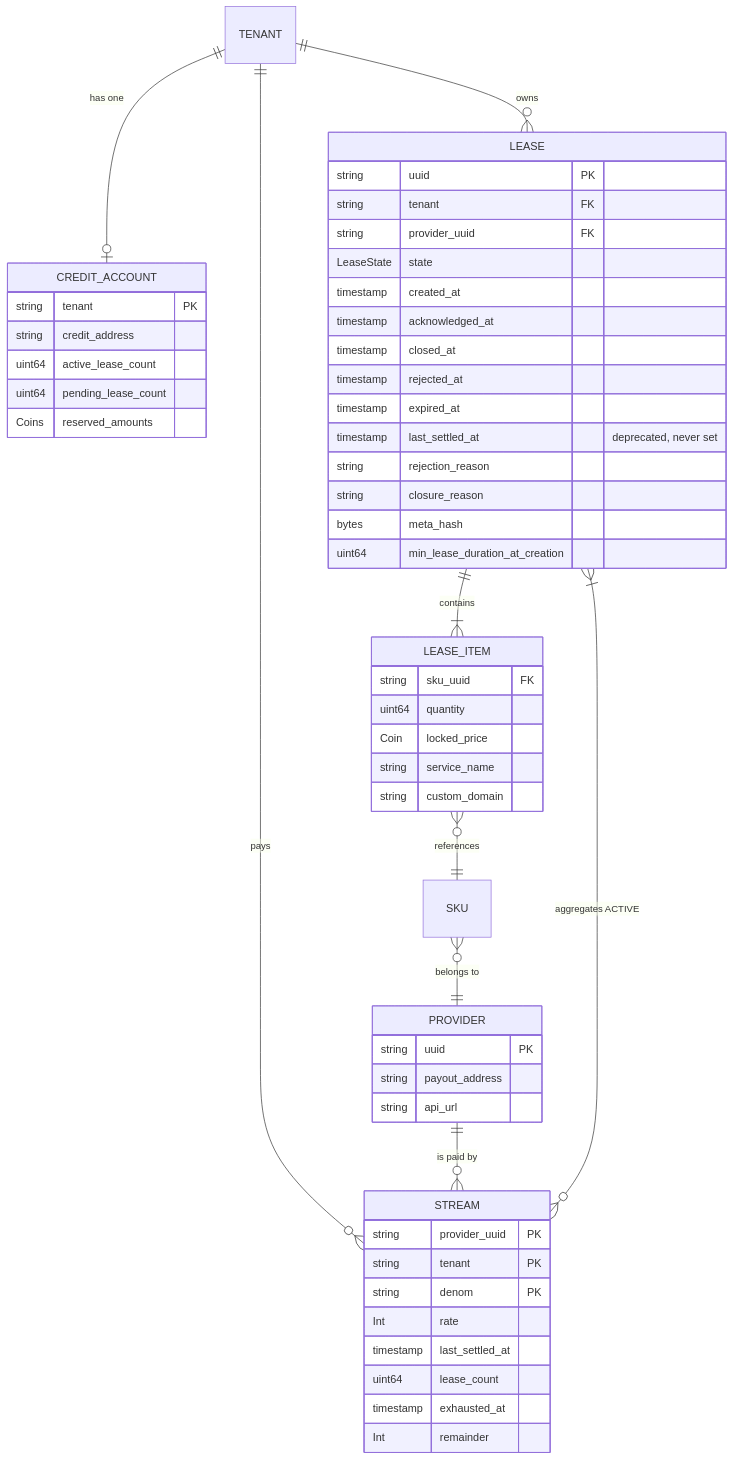
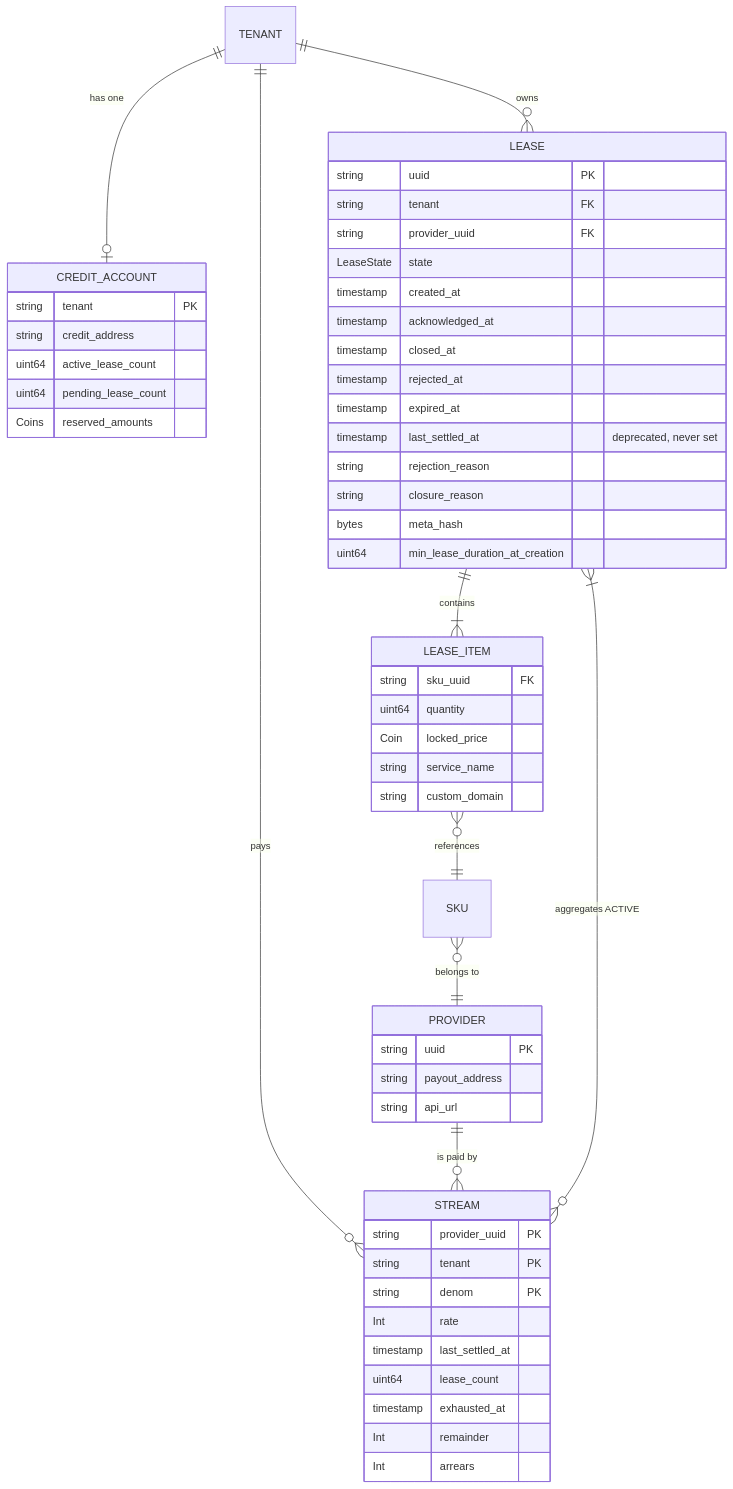
One commit to manifest-network/manifest-ledger changed the second of 13 diagrams in x/billing/docs/ARCHITECTURE.md. Above: the diagram before and after it, drawn with Mermaid. The commit also changed other lines of this file and 24 other files, not shown here.

````diff
--- a/x/billing/docs/ARCHITECTURE.md
+++ b/x/billing/docs/ARCHITECTURE.md
@@ -40,61 +40,62 @@
 ```mermaid
 erDiagram
     TENANT ||--o| CREDIT_ACCOUNT : "has one"
     TENANT ||--o{ LEASE : "owns"
     LEASE ||--|{ LEASE_ITEM : "contains"
     LEASE_ITEM }o--|| SKU : "references"
     SKU }o--|| PROVIDER : "belongs to"
     TENANT ||--o{ STREAM : "pays"
     PROVIDER ||--o{ STREAM : "is paid by"
     STREAM }o--|{ LEASE : "aggregates ACTIVE"
     
     CREDIT_ACCOUNT {
         string tenant PK
         string credit_address
         uint64 active_lease_count
         uint64 pending_lease_count
         Coins reserved_amounts
     }
     
     LEASE {
         string uuid PK
         string tenant FK
         string provider_uuid FK
         LeaseState state
         timestamp created_at
         timestamp acknowledged_at
         timestamp closed_at
         timestamp rejected_at
         timestamp expired_at
         timestamp last_settled_at "deprecated, never set"
         string rejection_reason
         string closure_reason
         bytes meta_hash
         uint64 min_lease_duration_at_creation
     }
     
     STREAM {
         string provider_uuid PK
         string tenant PK
         string denom PK
         Int rate
         timestamp last_settled_at
         uint64 lease_count
         timestamp exhausted_at
         Int remainder
+        Int arrears
     }
     
     LEASE_ITEM {
         string sku_uuid FK
         uint64 quantity
         Coin locked_price
         string service_name
         string custom_domain
     }
     
     PROVIDER {
         string uuid PK
         string payout_address
         string api_url
     }
 ```
````
